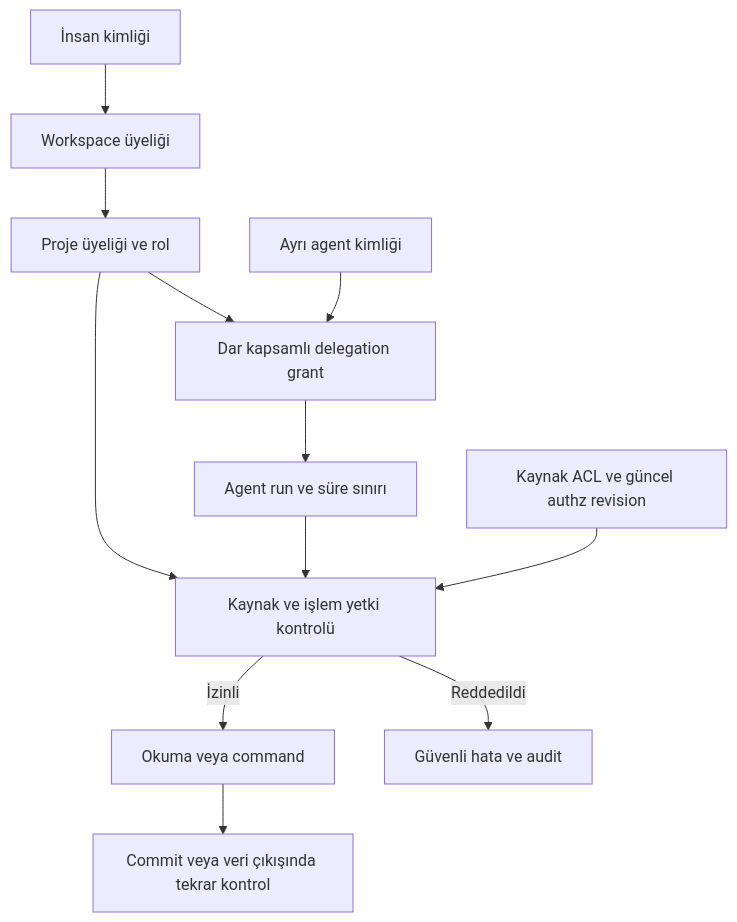
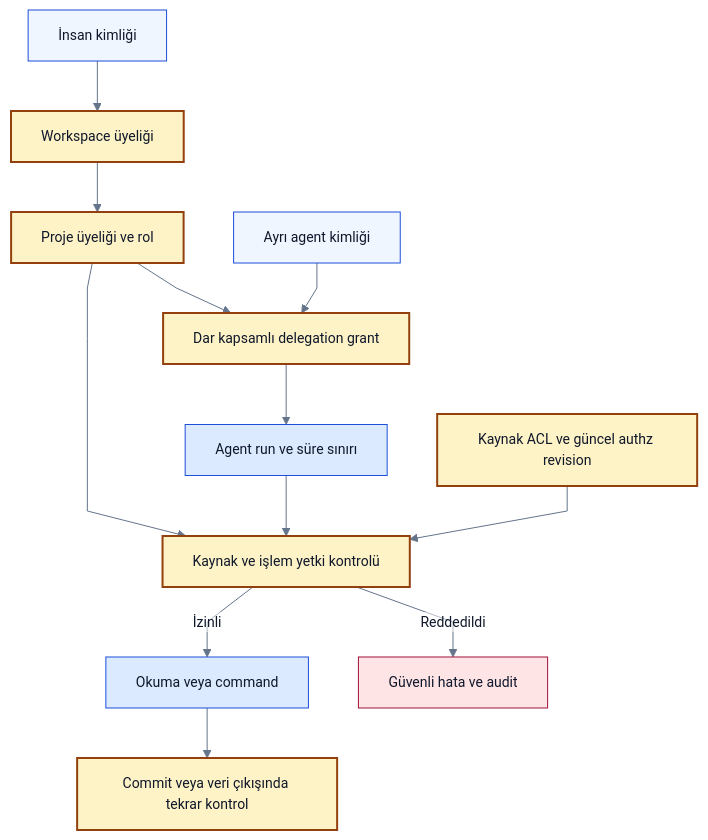
Before and after one commit to alphanAkbulut/decivora: the diagram in docs/architecture/identity-access.md, drawn with Mermaid. The commit also changed other lines of this file and 21 other files, not shown here.

Commit message:
Refresh all Mermaid diagrams, clarify decision states and document rendering evidence

````diff
--- a/docs/architecture/identity-access.md
+++ b/docs/architecture/identity-access.md
@@ -23,14 +26,25 @@
 ```mermaid
+%%{init: {"theme":"base","themeVariables":{"fontFamily":"Arial, sans-serif","fontSize":"14px","primaryColor":"#eff6ff","primaryTextColor":"#0f172a","primaryBorderColor":"#1d4ed8","lineColor":"#64748b","secondaryColor":"#ccfbf1","tertiaryColor":"#f1f5f9","background":"#ffffff","mainBkg":"#eff6ff","textColor":"#0f172a","clusterBkg":"#f8fafc","clusterBorder":"#94a3b8","edgeLabelBackground":"#ffffff","actorBkg":"#eff6ff","actorTextColor":"#0f172a","actorBorder":"#1d4ed8","signalColor":"#64748b","signalTextColor":"#0f172a","noteBkgColor":"#fef3c7","noteTextColor":"#0f172a","noteBorderColor":"#92400e"},"flowchart":{"htmlLabels":false,"curve":"linear"},"sequence":{"wrap":true},"themeCSS":"background-color:#ffffff;"}}%%
 flowchart TB
+    accTitle: Üyelik, delegation ve güncel yetki
+    accDescr: Önerilen tasarım veya açıkça belirtilen sentetik örnek. Renkler alan ve kontrol türünü gösterir; implemented veya passed kanıtı değildir. Yetki, revision ve coverage sınırları korunur.
     H[İnsan kimliği] --> WM[Workspace üyeliği]
     WM --> PM[Proje üyeliği ve rol]
     PM --> GR[Dar kapsamlı delegation grant]
     A[Ayrı agent kimliği] --> GR
     GR --> RUN[Agent run ve süre sınırı]
     PM --> AU[Kaynak ve işlem yetki kontrolü]
     RUN --> AU
     ACL[Kaynak ACL ve güncel authz revision] --> AU
     AU -->|İzinli| OP[Okuma veya command]
     AU -->|Reddedildi| DENY[Güvenli hata ve audit]
     OP --> CHECK[Commit veya veri çıkışında tekrar kontrol]
+    classDef source fill:#eff6ff,stroke:#1d4ed8,color:#0f172a
+    classDef gate fill:#fef3c7,stroke:#92400e,color:#0f172a,stroke-width:2px
+    classDef process fill:#dbeafe,stroke:#1d4ed8,color:#0f172a
+    classDef danger fill:#ffe4e6,stroke:#9f1239,color:#0f172a
+    class H,A source
+    class WM,PM,GR,ACL,AU,CHECK gate
+    class RUN,OP process
+    class DENY danger
 ```
````
